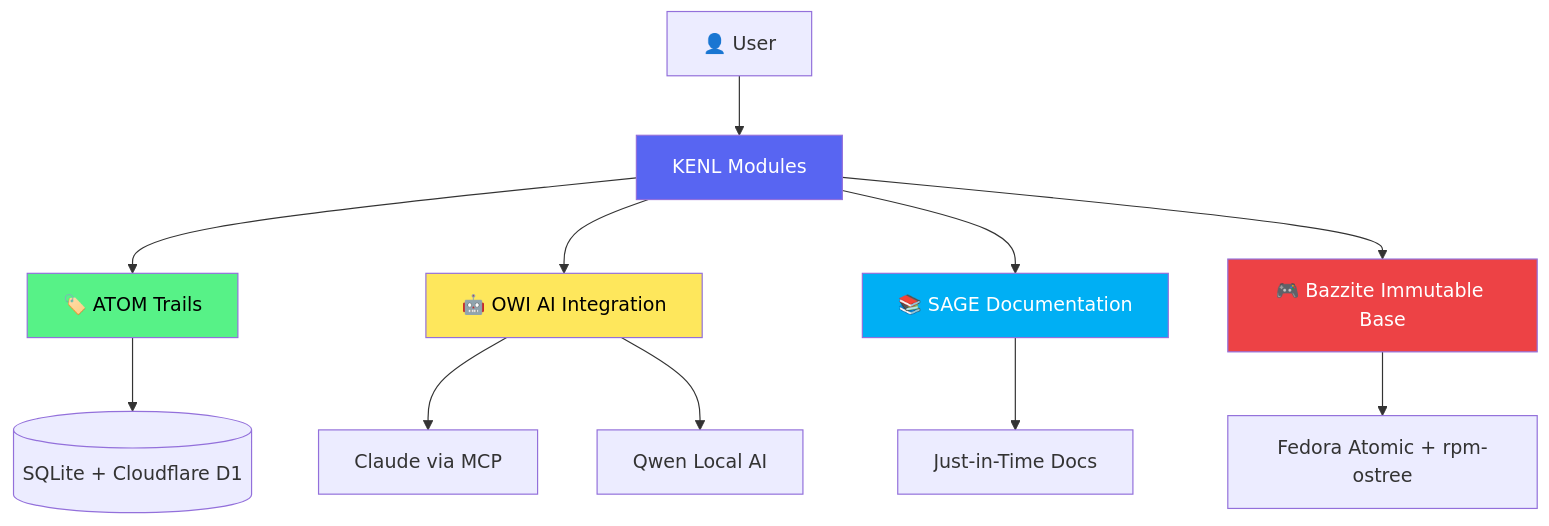
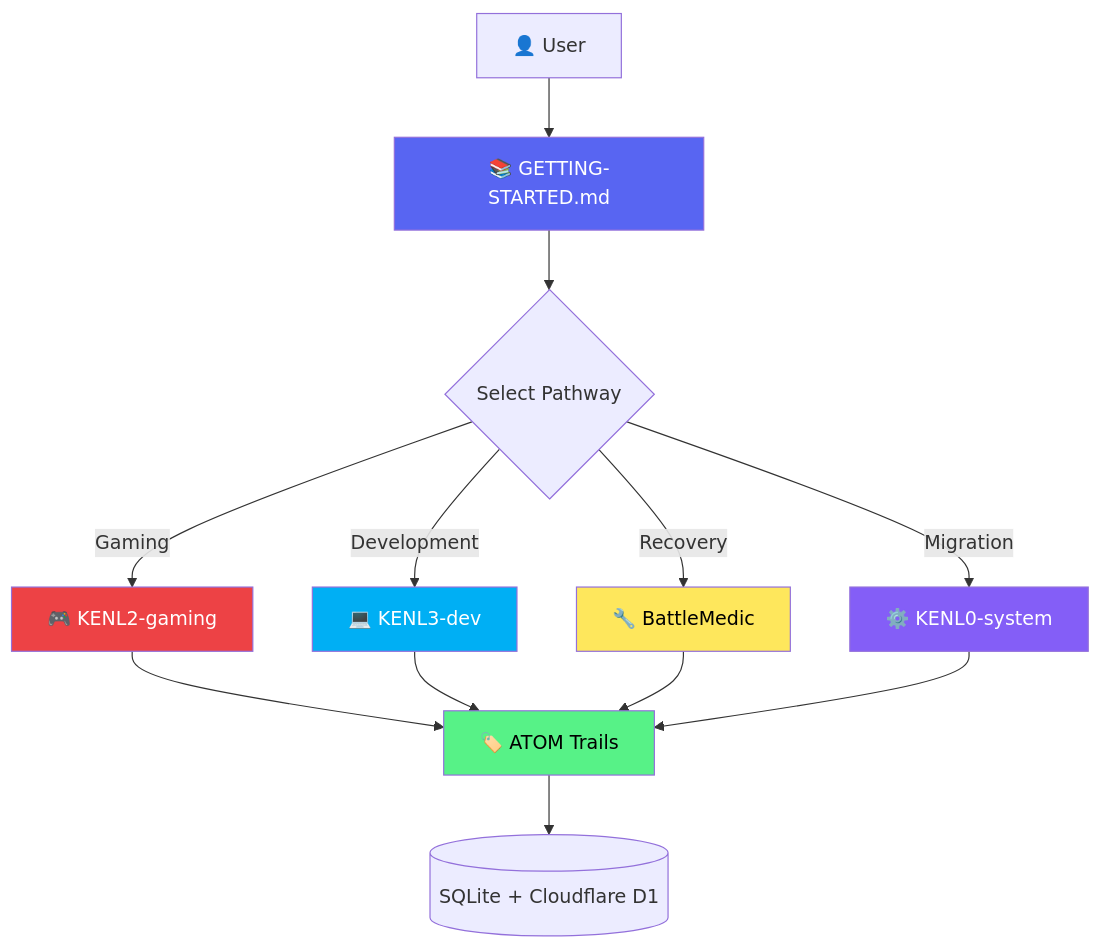
One commit to toolate28/kenl changed the first of 3 diagrams in README.md. Above: the diagram before and after it, drawn with Mermaid. The commit also changed other lines of this file and 4 other files, not shown here.

First line of the commit message:
feat: restructure docs with pathway system and PowerShell profile integration

````diff
--- a/README.md
+++ b/README.md
@@ -64,22 +96,24 @@
 ```mermaid
 graph TD
-    User[👤 User] --> KENL[KENL Modules]
-
-    KENL --> ATOM[🏷️ ATOM Trails]
-    KENL --> OWI[🤖 OWI AI Integration]
-    KENL --> SAGE[📚 SAGE Documentation]
-
+    User[👤 User] --> Start[📚 GETTING-STARTED.md]
+    Start --> Pathway{Select Pathway}
+    
+    Pathway --> |Gaming| KENL2[🎮 KENL2-gaming]
+    Pathway --> |Development| KENL3[💻 KENL3-dev]
+    Pathway --> |Recovery| BM[🔧 BattleMedic]
+    Pathway --> |Migration| KENL0[⚙️ KENL0-system]
+    
+    KENL2 --> ATOM[🏷️ ATOM Trails]
+    KENL3 --> ATOM
+    BM --> ATOM
+    KENL0 --> ATOM
+    
     ATOM --> DB[(SQLite + Cloudflare D1)]
-    OWI --> Claude[Claude via MCP]
-    OWI --> Qwen[Qwen Local AI]
-    SAGE --> Docs[Just-in-Time Docs]
-
-    KENL --> Bazzite[🎮 Bazzite Immutable Base]
-    Bazzite --> Fedora[Fedora Atomic + rpm-ostree]
-
-    style KENL fill:#5865F2,color:#fff
+    
+    style Start fill:#5865F2,color:#fff
     style ATOM fill:#57F287,color:#000
-    style OWI fill:#FEE75C,color:#000
-    style SAGE fill:#00AFF4,color:#fff
-    style Bazzite fill:#ED4245,color:#fff
+    style KENL2 fill:#ED4245,color:#fff
+    style KENL3 fill:#00AFF4,color:#fff
+    style BM fill:#FEE75C,color:#000
+    style KENL0 fill:#845EF7,color:#fff
 ```
````
